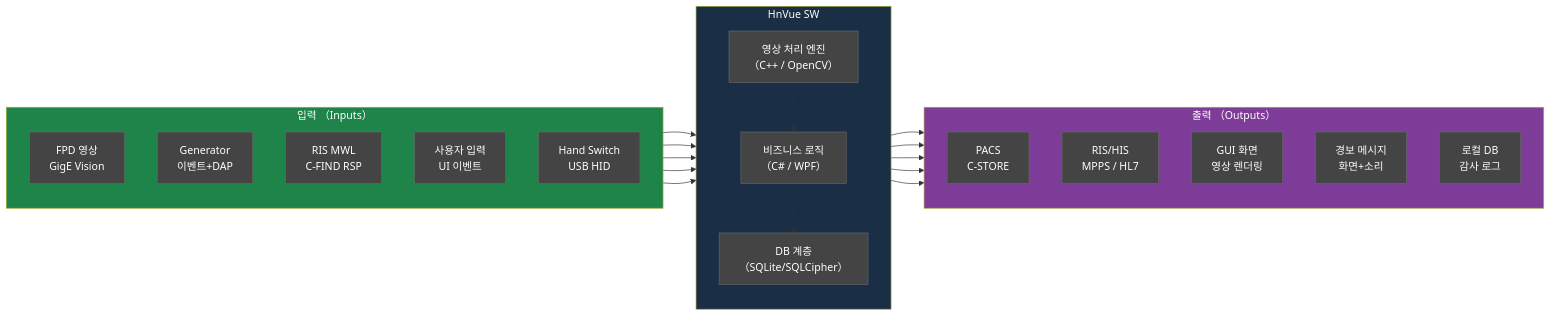
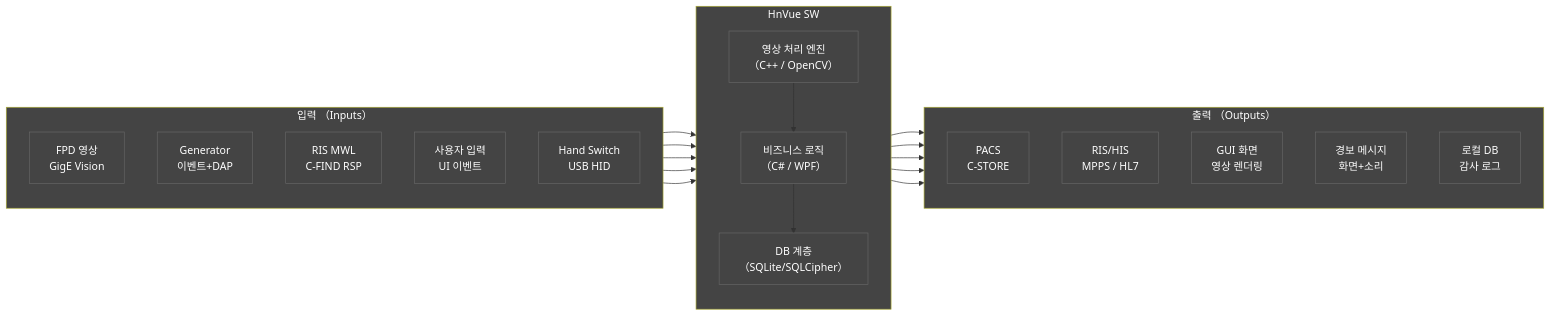
Before and after one commit to holee9/console-gui: the third of 6 diagrams in docs/planning/DOC-005_SRS_v2.0.md, drawn with Mermaid. The commit also changed other lines of this file and 35 other files, not shown here.

First line of the commit message:
fix: 전체 Mermaid 차트 색상 진한 회색 통일

````diff
--- a/docs/planning/DOC-005_SRS_v2.0.md
+++ b/docs/planning/DOC-005_SRS_v2.0.md
@@ -434,45 +434,45 @@
 ```mermaid
 flowchart LR
     classDef default fill:#444,stroke:#666,color:#fff
     subgraph Inputs["입력 （Inputs）"]
         direction TB
         I1["FPD 영상\nGigE Vision"]
         I2["Generator\n이벤트+DAP"]
         I3["RIS MWL\nC-FIND RSP"]
         I4["사용자 입력\nUI 이벤트"]
         I5["Hand Switch\nUSB HID"]
     end
 
     subgraph HnVue["HnVue SW"]
         direction TB
         PROC["영상 처리 엔진\n（C++ / OpenCV）"]
         BIZ["비즈니스 로직\n（C# / WPF）"]
         DB_INT["DB 계층\n（SQLite/SQLCipher）"]
     end
 
     subgraph Outputs["출력 （Outputs）"]
         direction TB
         O1["PACS\nC-STORE"]
         O2["RIS/HIS\nMPPS / HL7"]
         O3["GUI 화면\n영상 렌더링"]
         O4["경보 메시지\n화면+소리"]
         O5["로컬 DB\n감사 로그"]
     end
 
     I1 --> PROC
     I2 --> BIZ
     I3 --> BIZ
     I4 --> BIZ
     I5 --> BIZ
     PROC --> BIZ
     BIZ --> DB_INT
     BIZ --> O1
     BIZ --> O2
     BIZ --> O3
     BIZ --> O4
     DB_INT --> O5
 
-    style HnVue fill:#1a2e45,color:#fff
-    style Inputs fill:#1e8449,color:#fff
-    style Outputs fill:#7d3c98,color:#fff
+    style HnVue fill:#444,color:#fff
+    style Inputs fill:#444,color:#fff
+    style Outputs fill:#444,color:#fff
 ```
````
